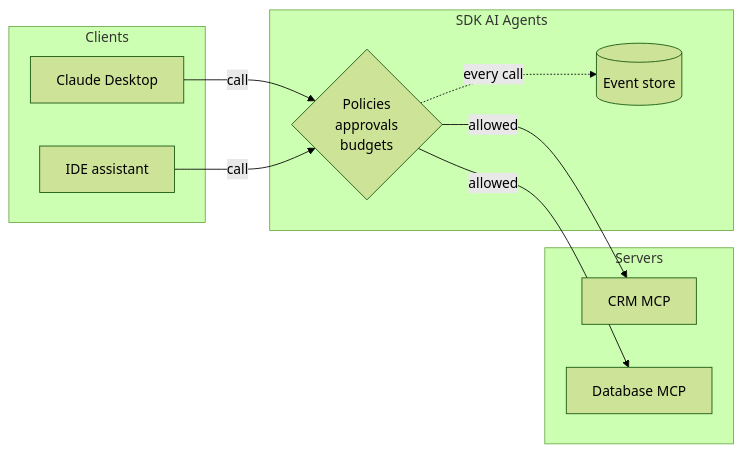
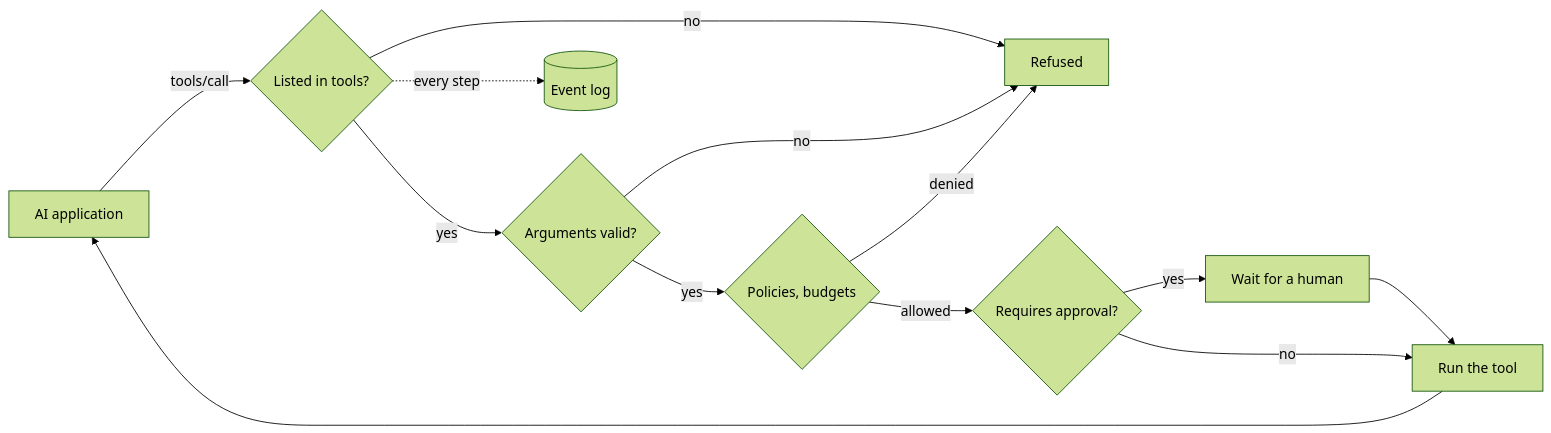
One commit to nicolashedoire/sdk-ai-agents changed the third of 3 diagrams in docs/guide/mcp.md. Above: the diagram before and after it, drawn with Mermaid (forest theme). The commit also changed other lines of this file and 70 other files, not shown here.

````diff
--- a/docs/guide/mcp.md
+++ b/docs/guide/mcp.md
@@ -88,20 +99,14 @@
 ```mermaid
 flowchart LR
-  subgraph Clients
-    CD[Claude Desktop]
-    IDE[IDE assistant]
-  end
-  subgraph SDK[SDK AI Agents]
-    P{Policies<br/>approvals<br/>budgets}
-    E[(Event store)]
-  end
-  subgraph Servers
-    CRM[CRM MCP]
-    DB[Database MCP]
-  end
-  CD -- call --> P
-  IDE -- call --> P
-  P -- allowed --> CRM
-  P -- allowed --> DB
-  P -. every call .-> E
+  H[AI application] -- tools/call --> A{Listed in tools?}
+  A -- no --> X[Refused]
+  A -- yes --> V{Arguments valid?}
+  V -- no --> X
+  V -- yes --> P{Policies, budgets}
+  P -- denied --> X
+  P -- allowed --> R{Requires approval?}
+  R -- yes --> W[Wait for a human] --> T
+  R -- no --> T[Run the tool]
+  T --> H
+  A -. every step .-> E[(Event log)]
 ```
````
